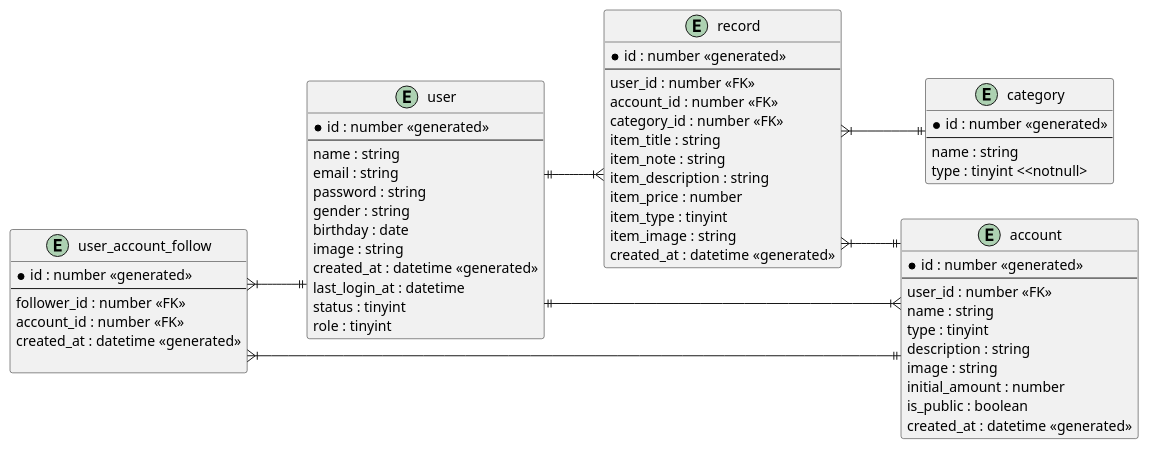
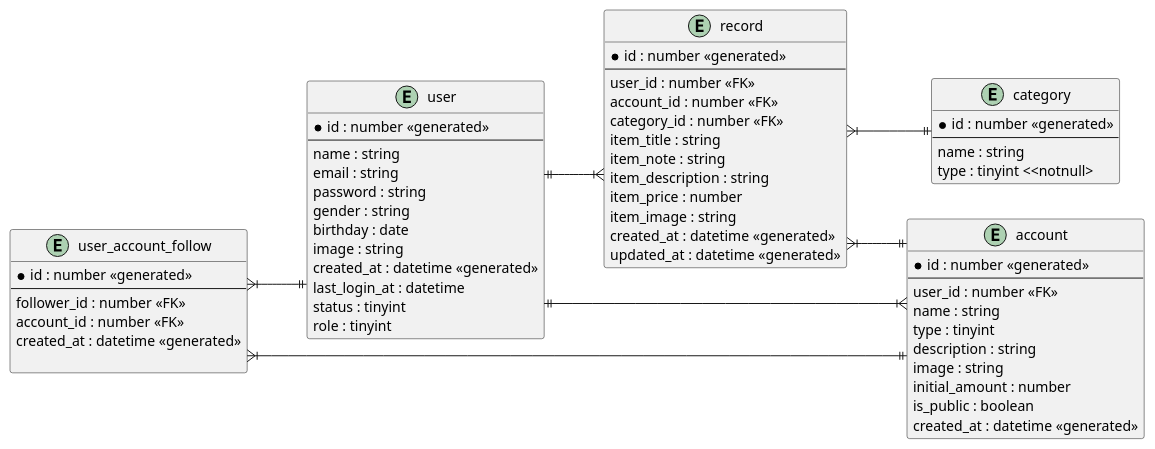
Before and after one commit to honeykokia/community-springboot: the diagram in src/main/java/com/example/demo/docs/er-diagram.puml, drawn with PlantUML. The commit also changed 14 other files, not shown here.

```diff
--- a/src/main/java/com/example/demo/docs/er-diagram.puml
+++ b/src/main/java/com/example/demo/docs/er-diagram.puml
@@ -1,76 +1,76 @@
 @startuml
 ' hide the spot
 ' hide circle
 
 ' avoid problems with angled crows feet
 skinparam linetype ortho
 
 left to right direction
 
 entity "user" as user {
     *id : number <<generated>>
     --
     ' style_id : number<<FK>>
     name : string
     email : string
     password : string
     gender : string
     birthday : date
     image : string
     created_at : datetime <<generated>>
     last_login_at : datetime
     status : tinyint
     role : tinyint
 }
 entity "account" as account{
     *id : number <<generated>>
     --
     user_id : number <<FK>>
     name : string
     type : tinyint
     description : string
     image : string
     initial_amount : number
     is_public : boolean
     created_at : datetime <<generated>>
 }
 entity "user_account_follow" as user_account_follow{
     *id : number <<generated>>
     --
     follower_id : number <<FK>>
     account_id : number <<FK>>
     created_at : datetime <<generated>>
 
 }
 
 entity "record" as record{
     *id : number <<generated>>
     --
     user_id : number <<FK>>
     account_id : number <<FK>>
     category_id : number <<FK>>
     item_title : string
     item_note : string
     item_description : string
     item_price : number
-    item_type : tinyint
     item_image : string
     created_at : datetime <<generated>>
+    updated_at : datetime <<generated>>
 }
 
 
 entity "category" as category {
     *id : number <<generated>>
     --
     name : string
     type : tinyint <<notnull>
 }
 
     user ||--|{ record
     account }|--|| user
     record }|--|| category
     record }|--|| account
     user_account_follow }|--|| user
     user_account_follow }|--|| account
 
 @enduml
```
